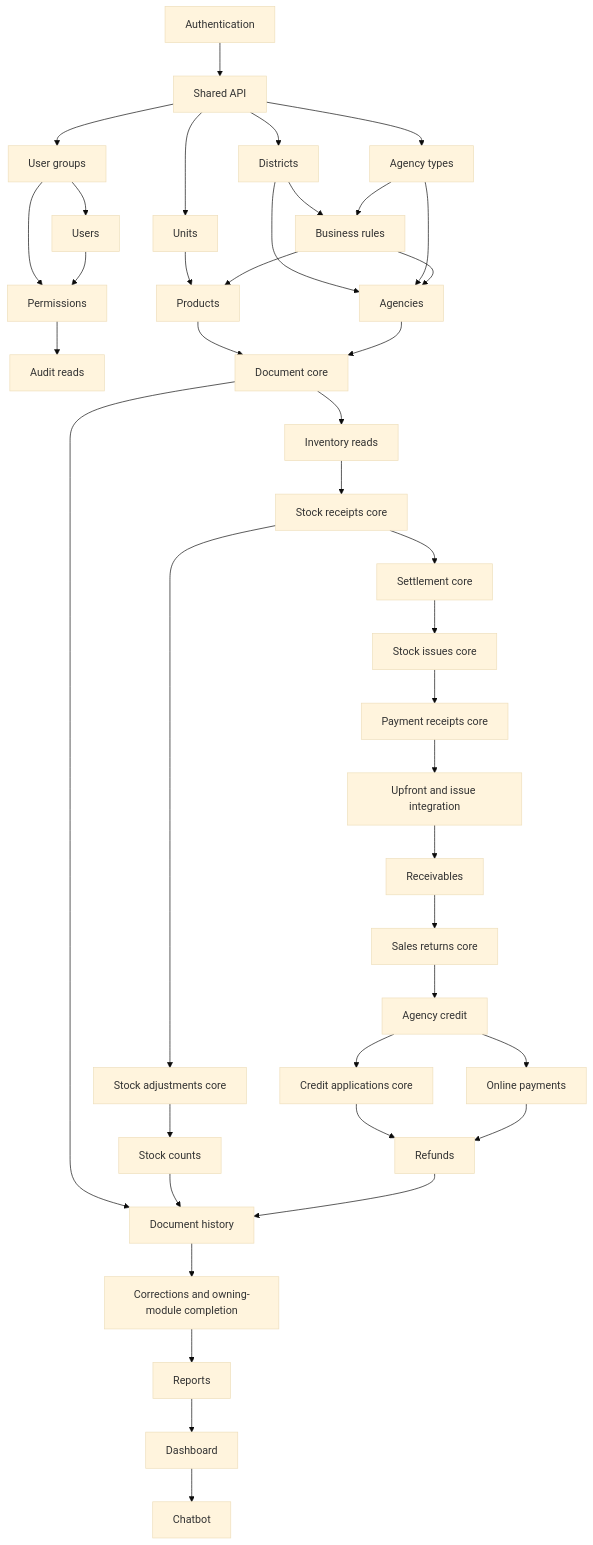
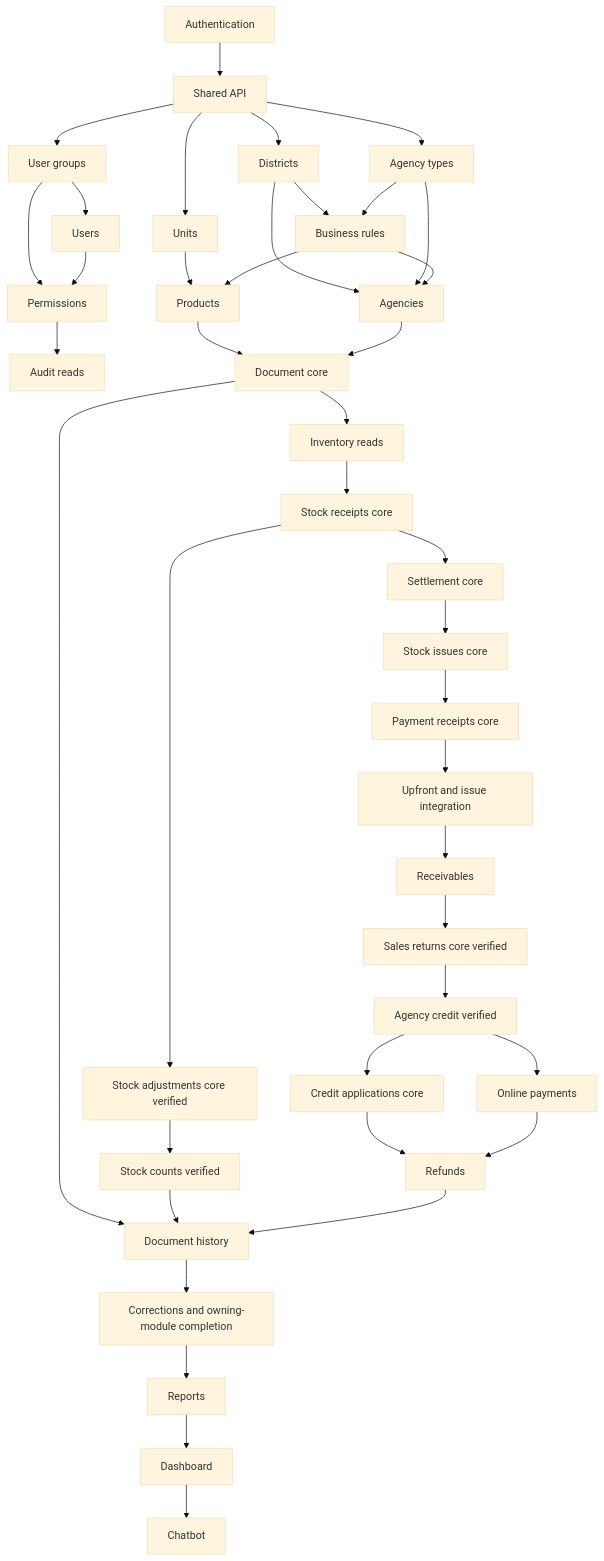
One commit to 2nguyen3/dealer-management-system changed the diagram in openwiki/backend-design/GENERAL_PLAN.md. Above: the diagram before and after it, drawn with Mermaid (base theme). The commit also changed other lines of this file and 14 other files, not shown here.

Commit message:
docs(backend): record execution roadmap availability and release gates

````diff
--- a/openwiki/backend-design/GENERAL_PLAN.md
+++ b/openwiki/backend-design/GENERAL_PLAN.md
@@ -158,43 +201,43 @@
 ```mermaid
 flowchart TD
   M01[Authentication] --> M02[Shared API]
   M02 --> M03[User groups]
   M03 --> M04[Users]
   M03 --> M05[Permissions]
   M04 --> M05
   M05 --> M06[Audit reads]
   M02 --> M07[Districts]
   M02 --> M08[Agency types]
   M02 --> M09[Units]
   M07 --> M10[Business rules]
   M08 --> M10
   M09 --> M11[Products]
   M10 --> M11
   M07 --> M12[Agencies]
   M08 --> M12
   M10 --> M12
   M11 --> M13[Document core]
   M12 --> M13
   M13 --> M14[Inventory reads]
   M14 --> M15[Stock receipts core]
   M15 --> M16[Settlement core]
   M16 --> M17[Stock issues core]
   M17 --> M18[Payment receipts core]
   M18 --> M19[Upfront and issue integration]
   M19 --> M20[Receivables]
-  M15 --> M21[Stock adjustments core]
-  M21 --> M22[Stock counts]
-  M20 --> M23[Sales returns core]
-  M23 --> M24[Agency credit]
+  M15 --> M21[Stock adjustments core verified]
+  M21 --> M22[Stock counts verified]
+  M20 --> M23[Sales returns core verified]
+  M23 --> M24[Agency credit verified]
   M24 --> M25[Credit applications core]
   M24 --> M26[Online payments]
   M25 --> M27[Refunds]
   M26 --> M27
   M13 --> M28[Document history]
   M22 --> M28
   M27 --> M28
   M28 --> M29[Corrections and owning-module completion]
   M29 --> M30[Reports]
   M30 --> M31[Dashboard]
   M31 --> M32[Chatbot]
 ```
````
